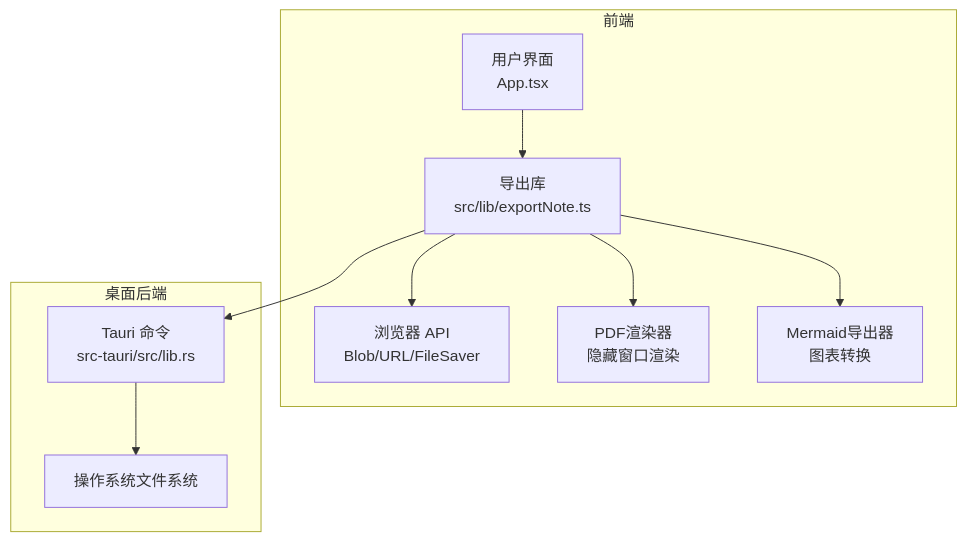
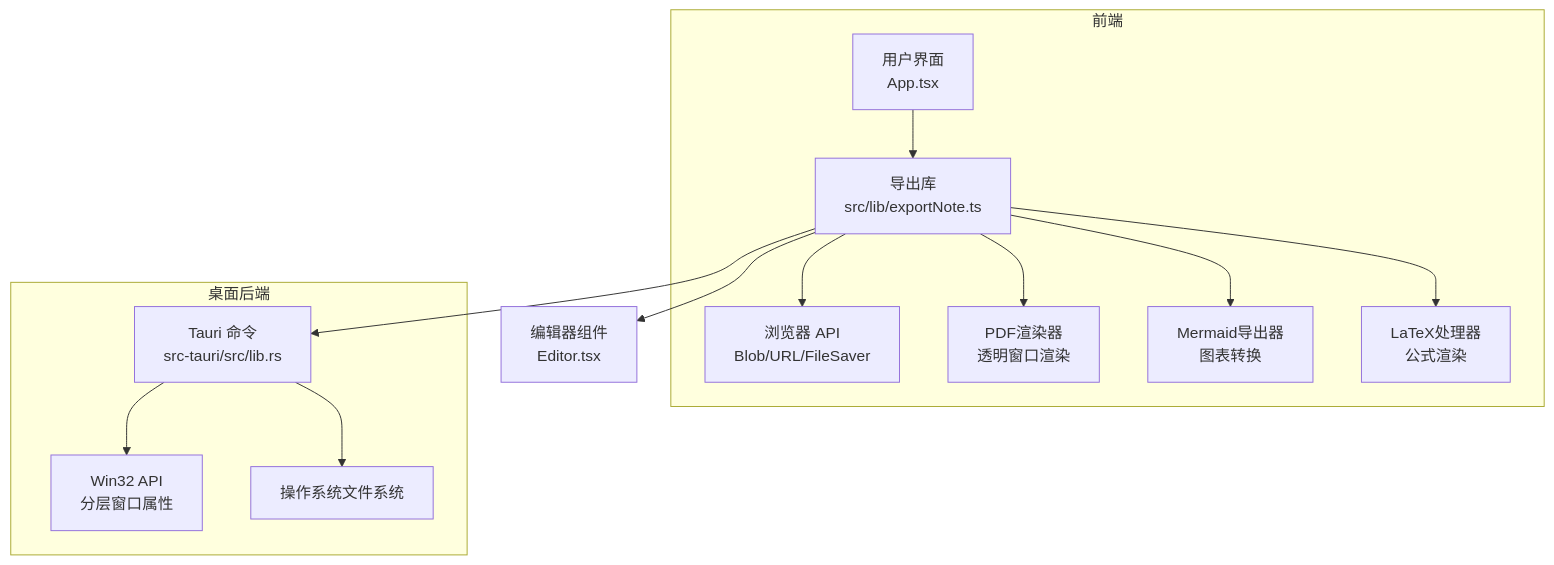
One commit to gongshiyun/ZenNote changed the first of 4 diagrams in .qoder/repowiki/zh/content/核心组件/导出功能.md. Above: the diagram before and after it, drawn with Mermaid. The commit also changed other lines of this file and 88 other files, not shown here.

````diff
--- a/.qoder/repowiki/zh/content/核心组件/导出功能.md
+++ b/.qoder/repowiki/zh/content/核心组件/导出功能.md
@@ -52,20 +49,25 @@
 ```mermaid
 graph TB
 UI["用户界面<br/>App.tsx"] --> ExportLib["导出库<br/>src/lib/exportNote.ts"]
+ExportLib --> Editor["编辑器组件<br/>Editor.tsx"]
 ExportLib --> BrowserAPI["浏览器 API<br/>Blob/URL/FileSaver"]
 ExportLib --> TauriCmd["Tauri 命令<br/>src-tauri/src/lib.rs"]
-ExportLib --> PDFRenderer["PDF渲染器<br/>隐藏窗口渲染"]
+ExportLib --> PDFRenderer["PDF渲染器<br/>透明窗口渲染"]
 ExportLib --> MermaidExporter["Mermaid导出器<br/>图表转换"]
+ExportLib --> LaTeXProcessor["LaTeX处理器<br/>公式渲染"]
+TauriCmd --> Win32API["Win32 API<br/>分层窗口属性"]
 TauriCmd --> OSFS["操作系统文件系统"]
 subgraph "前端"
 UI
 ExportLib
 BrowserAPI
 PDFRenderer
 MermaidExporter
+LaTeXProcessor
 end
 subgraph "桌面后端"
 TauriCmd
+Win32API
 OSFS
 end
 ```
````
